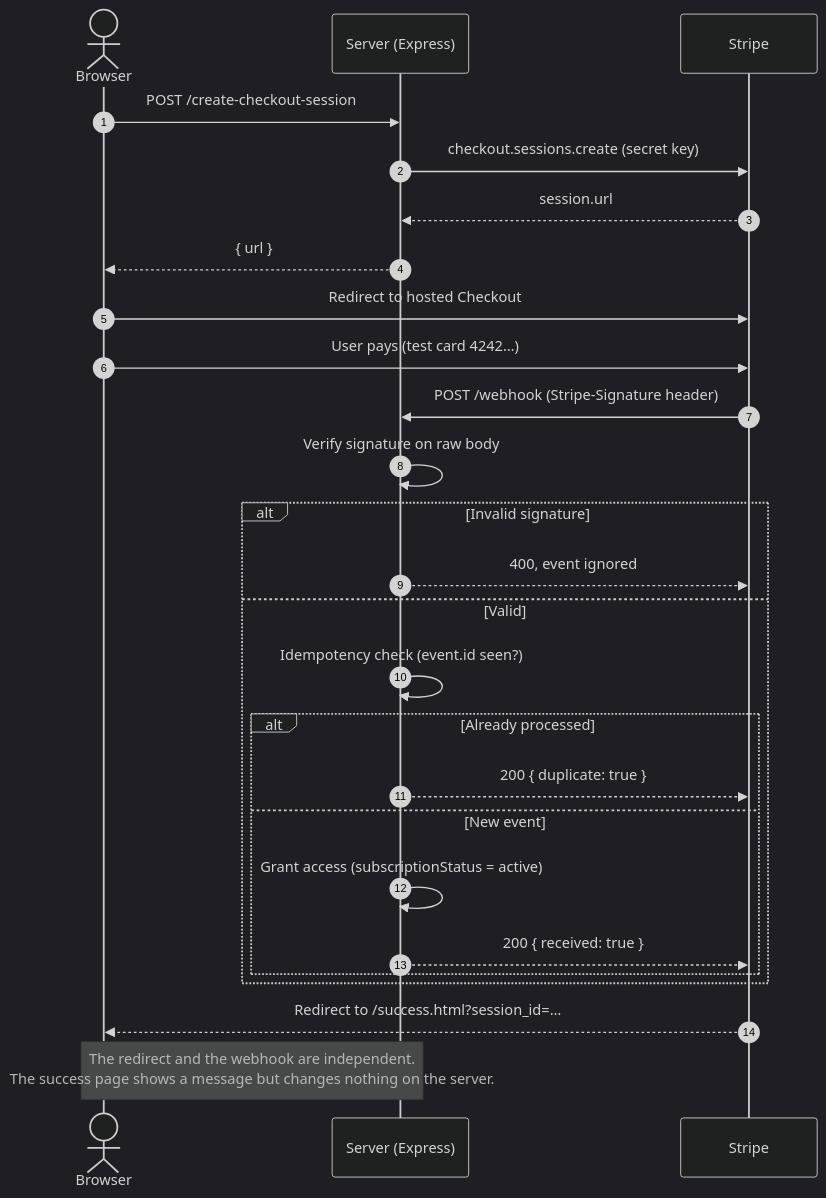
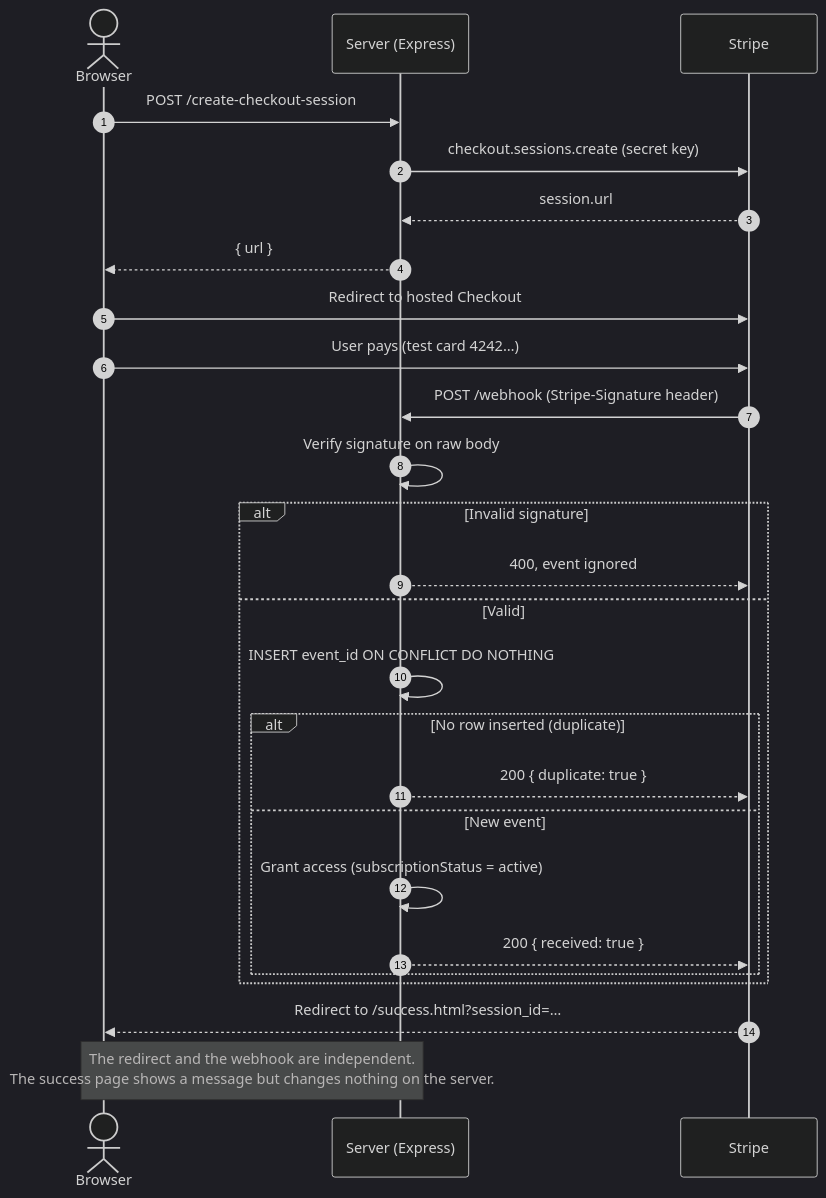
Before and after one commit to fadeel7/stripe-billing-service: the first of 2 diagrams in README.md, drawn with Mermaid (dark theme). The commit also changed other lines of this file and 6 other files, not shown here.

````diff
--- a/README.md
+++ b/README.md
@@ -22,31 +22,31 @@
 ```mermaid
 sequenceDiagram
     autonumber
     actor U as Browser
     participant S as Server (Express)
     participant St as Stripe
 
     U->>S: POST /create-checkout-session
     S->>St: checkout.sessions.create (secret key)
     St-->>S: session.url
     S-->>U: { url }
     U->>St: Redirect to hosted Checkout
     U->>St: User pays (test card 4242…)
 
     St->>S: POST /webhook (Stripe-Signature header)
     S->>S: Verify signature on raw body
     alt Invalid signature
         S-->>St: 400, event ignored
     else Valid
-        S->>S: Idempotency check (event.id seen?)
-        alt Already processed
+        S->>S: INSERT event_id ON CONFLICT DO NOTHING
+        alt No row inserted (duplicate)
             S-->>St: 200 { duplicate: true }
         else New event
             S->>S: Grant access (subscriptionStatus = active)
             S-->>St: 200 { received: true }
         end
     end
 
     St-->>U: Redirect to /success.html?session_id=…
     Note over U,S: The redirect and the webhook are independent.<br/>The success page shows a message but changes nothing on the server.
 ```
````
